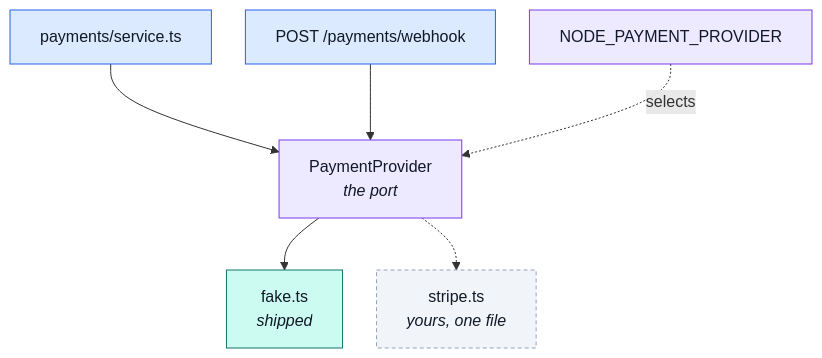
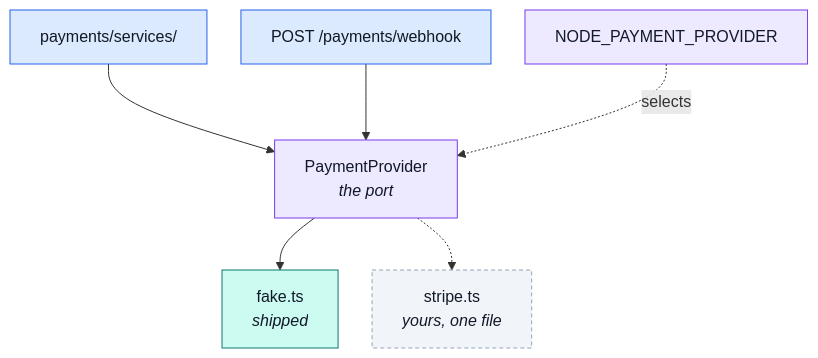
One commit to Guebbit/boilerplate-node-backend changed the diagram in docs/modules/payments-provider-port.md. Above: the diagram before and after it, drawn with Mermaid. The commit also changed 16 other files, not shown here.

First line of the commit message:
refactor(payments): split service.ts into services/

````diff
--- a/docs/modules/payments-provider-port.md
+++ b/docs/modules/payments-provider-port.md
@@ -41,18 +41,18 @@
 ```mermaid
 %%{init: {'flowchart': {'nodeSpacing': 34, 'rankSpacing': 52}}}%%
 flowchart TD
-    S["payments/service.ts"] --> P["PaymentProvider<br/><i>the port</i>"]
+    S["payments/services/"] --> P["PaymentProvider<br/><i>the port</i>"]
     W["POST /payments/webhook"] --> P
     P --> F["fake.ts<br/><i>shipped</i>"]
     P -.-> X["stripe.ts<br/><i>yours, one file</i>"]
     E["NODE_PAYMENT_PROVIDER"] -.->|"selects"| P
 
     classDef app fill:#dbeafe,stroke:#2563eb,color:#111827;
     classDef port fill:#ede9fe,stroke:#7c3aed,color:#111827;
     classDef impl fill:#ccfbf1,stroke:#0f766e,color:#111827;
     classDef future fill:#f1f5f9,stroke:#94a3b8,color:#111827,stroke-dasharray: 4 3;
     class S,W app;
     class P,E port;
     class F impl;
     class X future;
 ```
````
